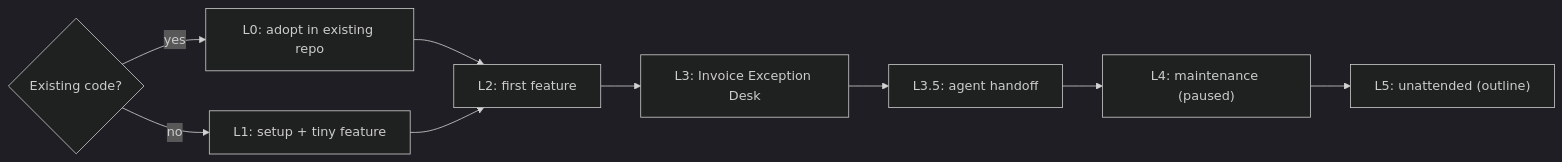
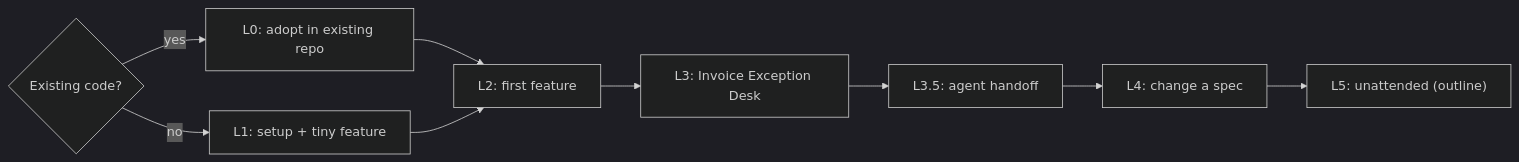
One commit to tosin2013/invoice-exception-desk changed the fourth of 4 diagrams in docs/index.md. Above: the diagram before and after it, drawn with Mermaid (dark theme). The commit also changed other lines of this file and 8 other files, not shown here.

````diff
--- a/docs/index.md
+++ b/docs/index.md
@@ -102,8 +102,8 @@
 ```mermaid
 flowchart LR
   Q{Existing code?} -->|yes| L0["L0: adopt in existing repo"]
   Q -->|no| L1["L1: setup + tiny feature"]
   L0 --> L2["L2: first feature"]
   L1 --> L2
-  L2 --> L3["L3: Invoice Exception Desk"] --> L35["L3.5: agent handoff"] --> L4["L4: maintenance (paused)"] --> L5["L5: unattended (outline)"]
+  L2 --> L3["L3: Invoice Exception Desk"] --> L35["L3.5: agent handoff"] --> L4["L4: change a spec"] --> L5["L5: unattended (outline)"]
 ```
````
